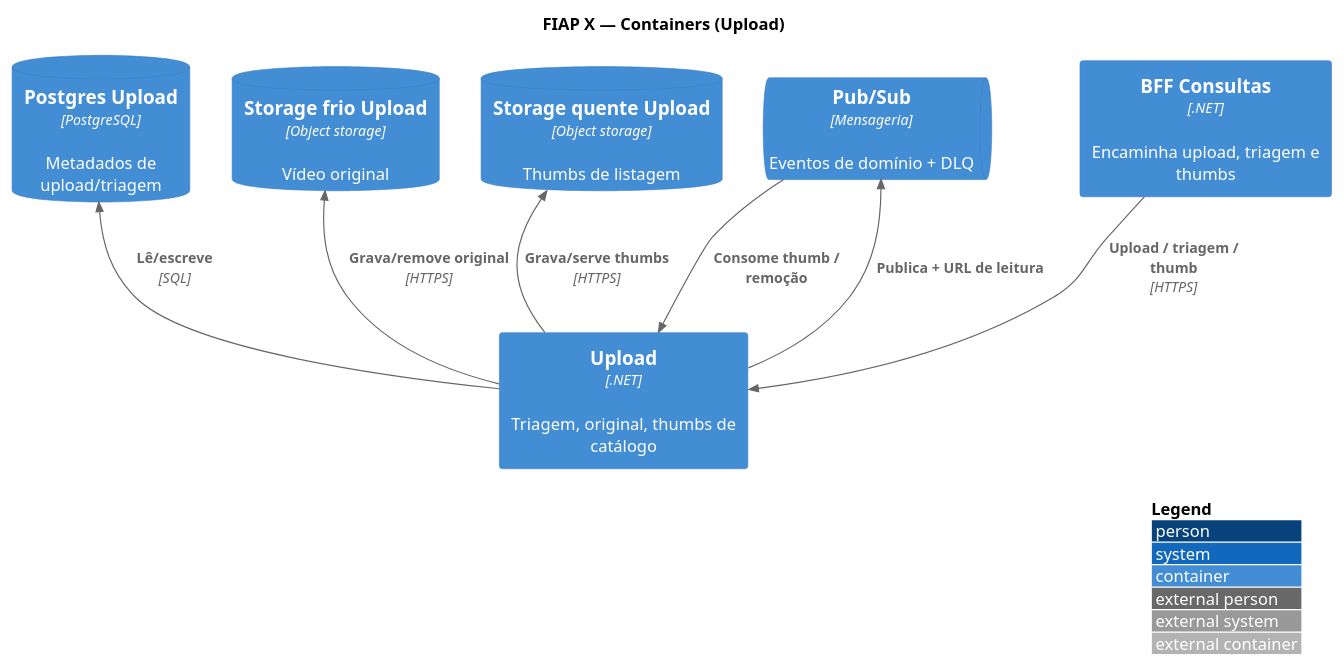
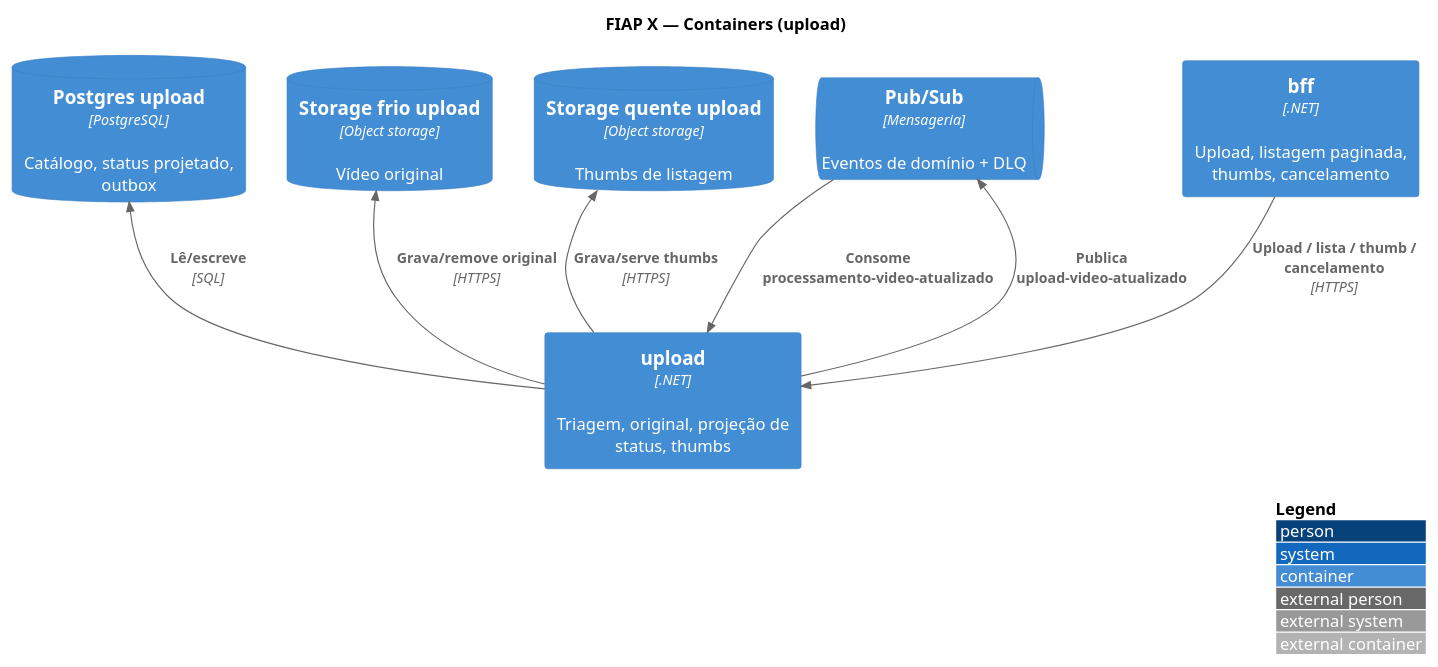
Before and after one commit to fiap-x-vcosta/docs: the diagram in arquitetura/03_containers-upload.puml, drawn with PlantUML. The commit also changed 38 other files, not shown here.

First line of the commit message:
docs: Parte 5 — catálogo de eventos e ADR outbox/inbox (#6)

```diff
--- a/arquitetura/03_containers-upload.puml
+++ b/arquitetura/03_containers-upload.puml
@@ -1,29 +1,29 @@
 @startuml 03_containers-upload
 !include https://raw.githubusercontent.com/plantuml-stdlib/C4-PlantUML/master/C4_Container.puml
 
 LAYOUT_WITH_LEGEND()
 LAYOUT_TOP_DOWN()
 
-title FIAP X — Containers (Upload)
+title FIAP X — Containers (upload)
 
-Container(bff, "BFF Consultas", ".NET", "Encaminha upload, triagem e thumbs")
-Container(upload, "Upload", ".NET", "Triagem, original, thumbs de catálogo")
-ContainerDb(pgUpload, "Postgres Upload", "PostgreSQL", "Metadados de upload/triagem")
-ContainerDb(frioUp, "Storage frio Upload", "Object storage", "Vídeo original")
-ContainerDb(quente, "Storage quente Upload", "Object storage", "Thumbs de listagem")
+Container(bff, "bff", ".NET", "Upload, listagem paginada, thumbs, cancelamento")
+Container(upload, "upload", ".NET", "Triagem, original, projeção de status, thumbs")
+ContainerDb(pgUpload, "Postgres upload", "PostgreSQL", "Catálogo, status projetado, outbox")
+ContainerDb(frioUp, "Storage frio upload", "Object storage", "Vídeo original")
+ContainerDb(quente, "Storage quente upload", "Object storage", "Thumbs de listagem")
 ContainerQueue(pubsub, "Pub/Sub", "Mensageria", "Eventos de domínio + DLQ")
 
-Rel(bff, upload, "Upload / triagem / thumb", "HTTPS")
+Rel(bff, upload, "Upload / lista / thumb / cancelamento", "HTTPS")
 Rel(upload, pgUpload, "Lê/escreve", "SQL")
 Rel(upload, frioUp, "Grava/remove original", "HTTPS")
 Rel(upload, quente, "Grava/serve thumbs", "HTTPS")
-Rel(upload, pubsub, "Publica + URL de leitura")
-Rel(pubsub, upload, "Consome thumb / remoção")
+Rel(upload, pubsub, "Publica upload-video-atualizado")
+Rel(pubsub, upload, "Consome processamento-video-atualizado")
 
 Lay_D(bff, upload)
 Lay_D(upload, pgUpload)
 Lay_R(pgUpload, frioUp)
 Lay_R(frioUp, quente)
 Lay_R(quente, pubsub)
 
 @enduml
```
